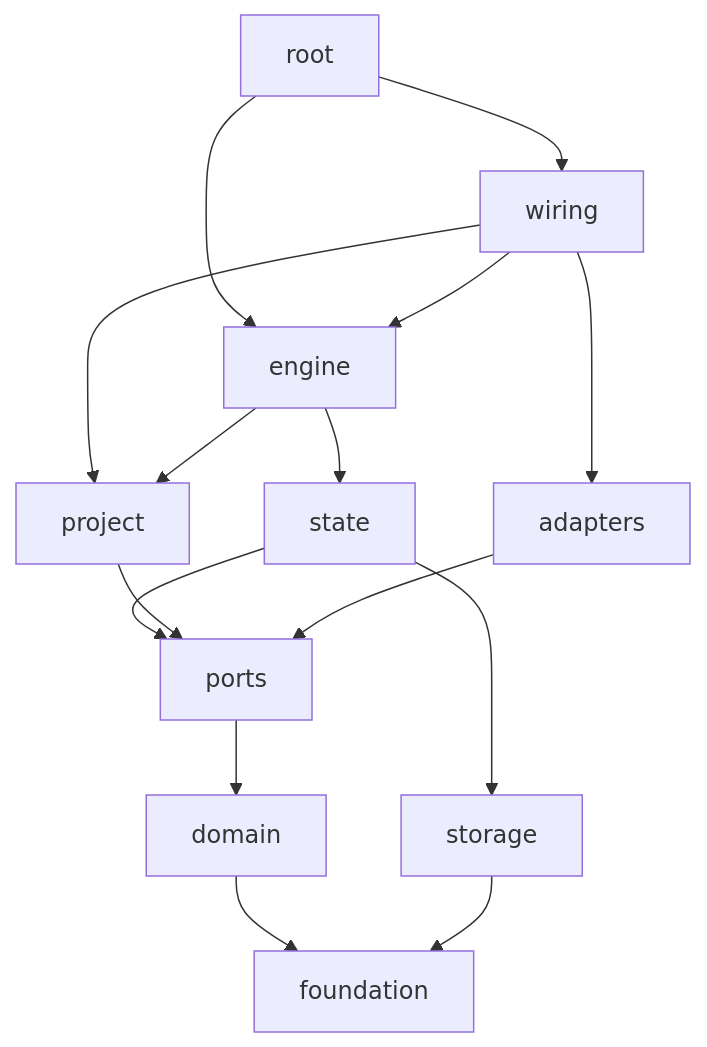
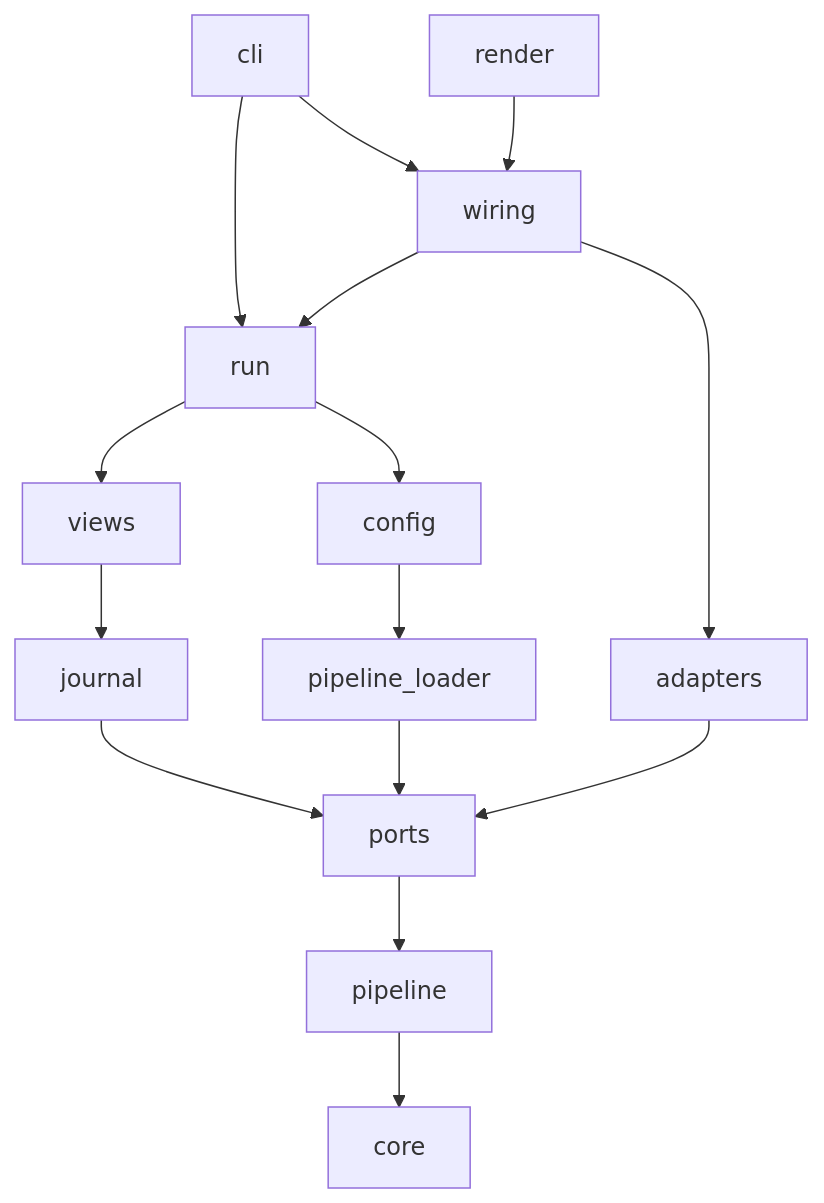
The diagram in docs/architecture/dependencies.md (Zepp333333/factory), drawn with Mermaid before and after one commit. The commit also changed other lines of this file and 190 other files, not shown here.

First line of the commit message:
Fold the flat src/factory into the packages core, pipeline, ports, adapters, journal, run and views, and have the layer test read each module's group from its package

````diff
--- a/docs/architecture/dependencies.md
+++ b/docs/architecture/dependencies.md
@@ -37,17 +40,17 @@
 ```mermaid
 flowchart TD
-    root --> wiring
-    root --> engine
-    wiring --> engine
+    cli --> wiring
+    cli --> run
+    render --> wiring
+    wiring --> run
     wiring --> adapters
-    wiring --> project
-    engine --> state
-    engine --> project
-    state --> storage
-    state --> ports
-    project --> ports
+    run --> views
+    run --> config
+    config --> pipeline_loader
+    views --> journal
+    journal --> ports
+    pipeline_loader --> ports
     adapters --> ports
-    ports --> domain
-    domain --> foundation
-    storage --> foundation
+    ports --> pipeline
+    pipeline --> core
 ```
````
